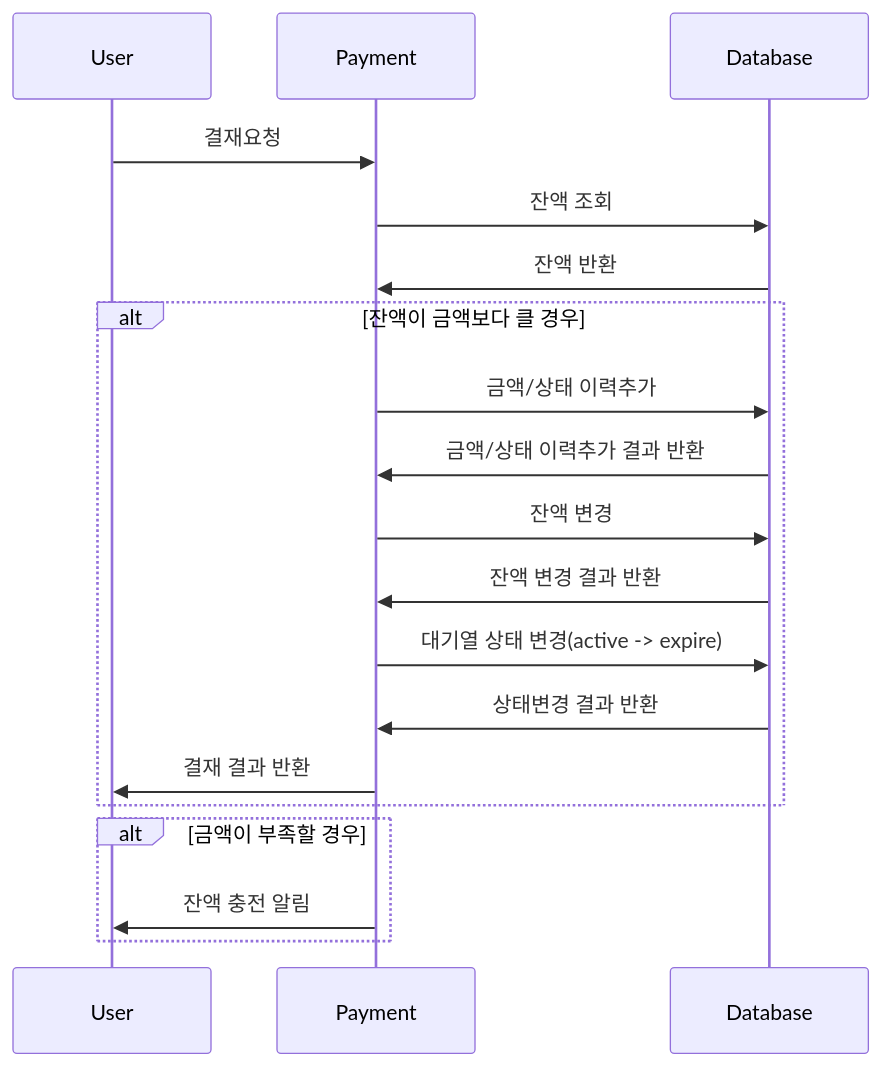
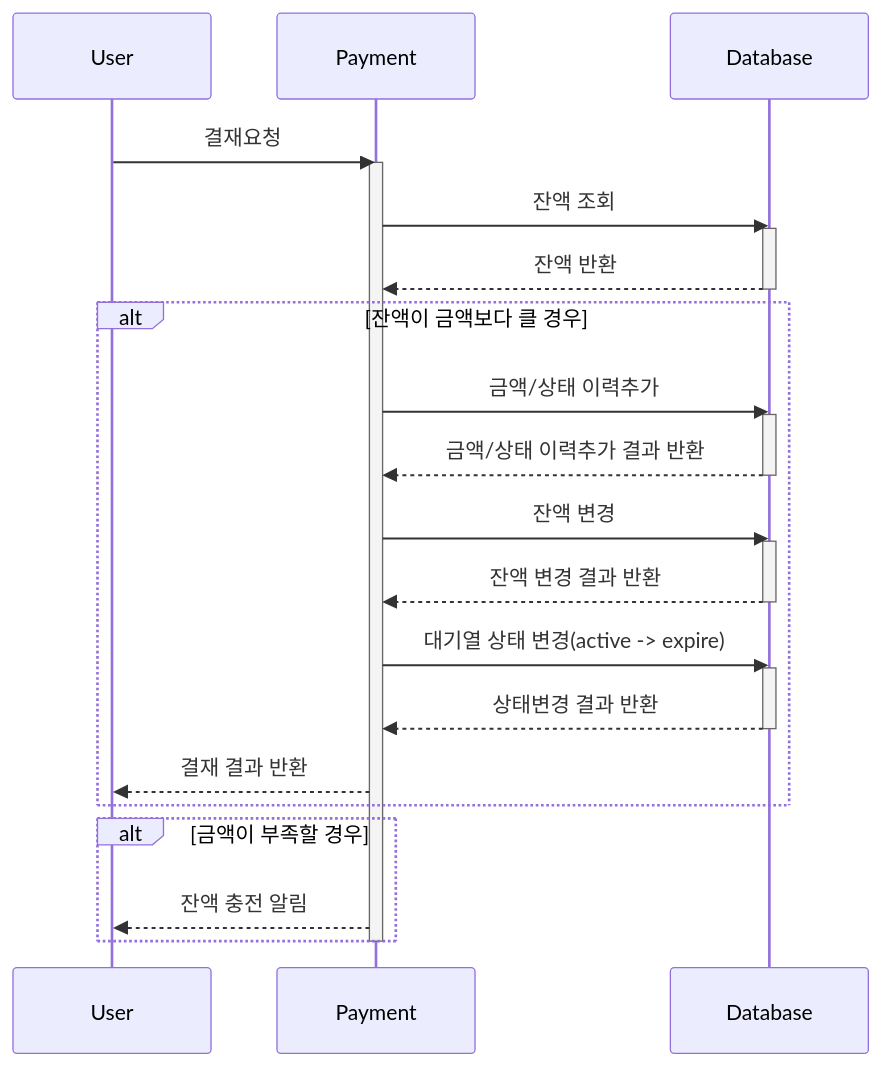
One commit to durara021/hhplus-server-construction changed the fourth of 6 diagrams in README.md. Above: the diagram before and after it, drawn with Mermaid. The commit also changed other lines of this file, not shown here.

Commit message:
시퀀스 다이어그램 생명선 추가 (#10)

````diff
--- a/README.md
+++ b/README.md
@@ -94,24 +133,38 @@
 ```mermaid
 sequenceDiagram
     participant User
     participant Payment
     participant Database
 
     User ->> Payment: 결재요청
+    activate Payment
     Payment ->> Database: 잔액 조회
-    Database ->> Payment: 잔액 반환
+    activate Database
+    Database -->> Payment: 잔액 반환
+    deactivate Database
 
     alt 잔액이 금액보다 클 경우
-    Payment ->> Database: 금액/상태 이력추가
-    Database ->> Payment: 금액/상태 이력추가 결과 반환
-    Payment ->> Database: 잔액 변경
-    Database ->> Payment: 잔액 변경 결과 반환
-    Payment ->> Database: 대기열 상태 변경(active -> expire)
-    Database ->> Payment: 상태변경 결과 반환
-    Payment ->> User: 결재 결과 반환
+        Payment ->> Database: 금액/상태 이력추가
+        activate Database
+        Database -->> Payment: 금액/상태 이력추가 결과 반환
+        deactivate Database
+        
+        Payment ->> Database: 잔액 변경
+        activate Database
+        Database -->> Payment: 잔액 변경 결과 반환
+        deactivate Database
+
+        Payment ->> Database: 대기열 상태 변경(active -> expire)
+        activate Database
+        Database -->> Payment: 상태변경 결과 반환
+        deactivate Database
+
+        Payment -->> User: 결재 결과 반환
     end
     
     alt 금액이 부족할 경우
-        Payment ->>  User: 잔액 충전 알림
+        Payment -->> User: 잔액 충전 알림
     end
+    deactivate Payment
+
 ```
````
